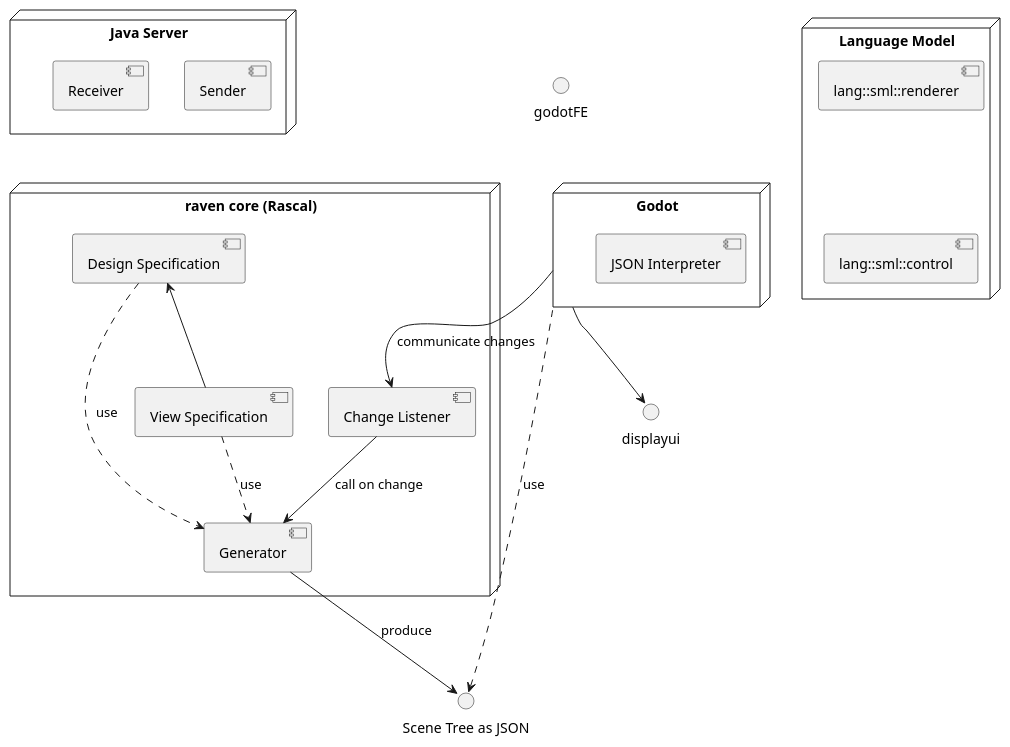
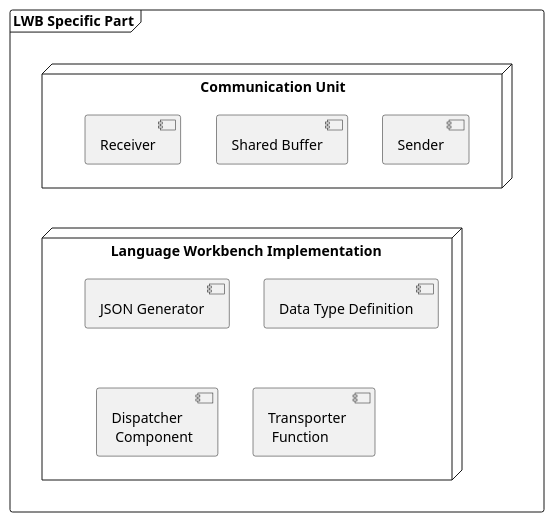
The diagram in raven-docs/diagrams/deployment.puml (liza-kl/raven-project), drawn with PlantUML before and after one commit. The commit also changed 10 other files, not shown here.

Commit message:
docs: add diagrams for thesis

```diff
--- a/raven-docs/diagrams/deployment.puml
+++ b/raven-docs/diagrams/deployment.puml
@@ -1,51 +1,86 @@
 @startuml
 
-node "Language Model" as langmodel {
-    component "lang::sml::renderer"
-    component "lang::sml::control"
+top to bottom direction
+
+/'
+artifact "Scene Tree" as st
+artifact "Scene Tree as JSON" as json
+'/
+/'
+node "Game Engine View" as godotView #ffe5d9
+
+
+frame "Generic Part" as genericPart #f07167 {
+node "Interpreter Backend for Game Engine" as godotBE #fed9b7 {
+
+node "Peer" as peer #fdfcdc {
+component "Sender" as genericSender #ffcad4
+component "Receiver" as receiver #ffcad4
+component "Shared Buffer" as buffer #ffcad4
 }
 
-"lang::sml::renderer" -[hidden]-> "lang::sml::control"
+component "JSON Interpreter" as jsonInt #00afb9
+}
+}
+jsonInt --> godotView : ⑤ Generate Scene Tree
+godotView -[hidden]d-> genericPart
+receiver --> buffer: ③ Read Buffer
+receiver --> jsonInt : ④ Call(Json)
+jsonInt -[hidden]d-> peer
 
-node "raven core (Rascal)" as rascal {
-    component "Design Specification" as ds {
+genericSender -[hidden]-> godotView
+godotView --> genericSender : ① (On User Action) \nSend Message
+genericSender --> buffer : ② Write Message
 
-    }
-    component "View Specification" as vs {
+'/
 
-        }
-    component "Change Listener" as listener
+frame "LWB Specific Part" as lwbSpecificPart {
+node "Language Workbench Implementation " as rascal {
 
-    component "Generator" as gen
+    component "JSON Generator" as gen
+    component "Data Type Definition" as dtd
+    component "Dispatcher \n Component" as lwbDispatcher
+    component "Transporter \n Function" as lwbSendFunc
+
+}
+node "Communication Unit" as comunit {
+
+    component "Sender" as lwbSender
+    component "Shared Buffer" as lwbSharedBuffer
+    component "Receiver" as lwbReceiver
+}
+}
+lwbSender -[hidden]-> lwbSender
+rascal -[hidden]u-> comunit
+
+/'
+frame "Language Specific Part" as languageSpecificPart {
+node "DSL \n e.g Live State Machine" as langmodel {
+component Controller as controller
+component Model as model
+component "Renderer for \n Elements (View)" as dslView
+}
 
 }
 
-interface "Scene Tree as JSON" as json
-
-node "Java Server" as java {
-component "Sender"
-component "Receiver"
-}
-
-node "Godot" as godotBE {
-component "Sender"
-component "Receiver"
-component "JSON Interpreter"
-}
 
 
-java -[hidden]-> rascal
-json <.. godotBE :use
-godotFE -[hidden]-> godotBE
-ds ..> gen :use
- vs -u-> ds
-
-godotBE --> displayui
 
 
-vs ..> gen :use
+lwbReceiver --> lwbDispatcher :call
+gen --> dtd :use
 gen --> json :produce
-godotBE --> listener: communicate changes
-listener --> gen :call on change
+jsonInt --> st :generate
+lwbSendFunc <.. json :consume
+lwbSendFunc --> lwbSender :send
+lwbSendFunc --> genericSender :send
+godotView ..> st :display
+dslView --> dtd :use
 
+lwbSpecificPart -[hidden]u-> genericPart
+lwbSpecificPart -[hidden]u-> languageSpecificPart
+
+st -[hidden]d-> json
+json -[hidden]d-> godotView
+'/
 @enduml
```
